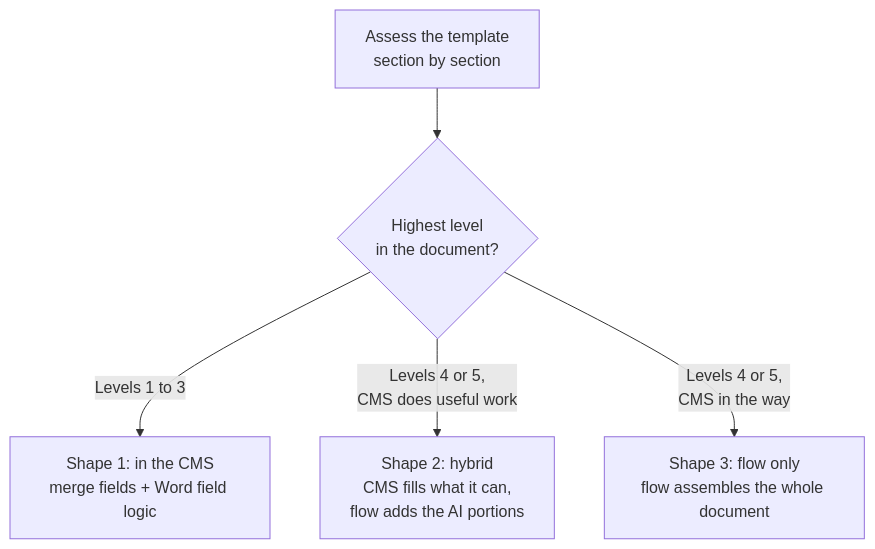
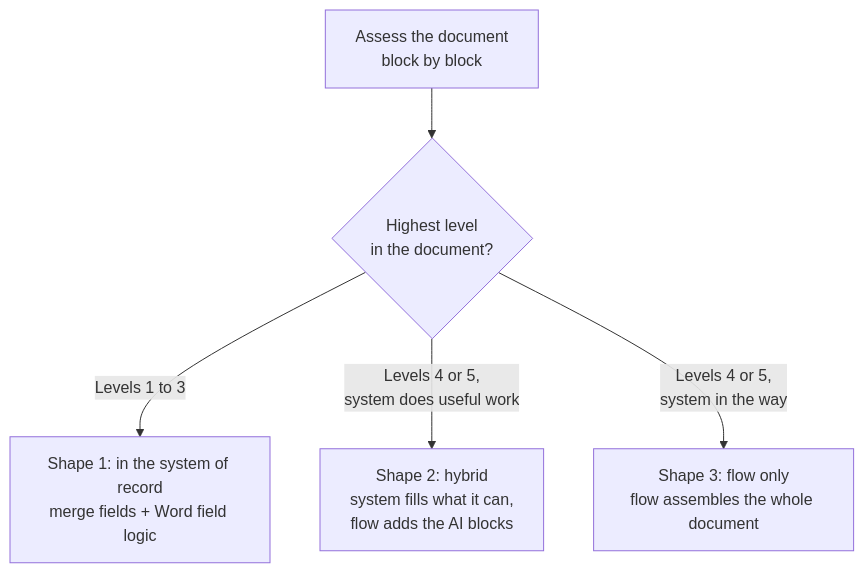
One commit to laraderosa-lab/laraderosa-solutions changed the first of 2 diagrams in document-generation/README.md. Above: the diagram before and after it, drawn with Mermaid. The commit also changed other lines of this file and 5 other files, not shown here.

````diff
--- a/document-generation/README.md
+++ b/document-generation/README.md
@@ -135,7 +139,7 @@
 ```mermaid
 flowchart TB
-    A["Assess the template<br/>section by section"] --> B{"Highest level<br/>in the document?"}
-    B -->|"Levels 1 to 3"| C["Shape 1: in the CMS<br/>merge fields + Word field logic"]
-    B -->|"Levels 4 or 5,<br/>CMS does useful work"| D["Shape 2: hybrid<br/>CMS fills what it can,<br/>flow adds the AI portions"]
-    B -->|"Levels 4 or 5,<br/>CMS in the way"| E["Shape 3: flow only<br/>flow assembles the whole document"]
+    A["Assess the document<br/>block by block"] --> B{"Highest level<br/>in the document?"}
+    B -->|"Levels 1 to 3"| C["Shape 1: in the system of record<br/>merge fields + Word field logic"]
+    B -->|"Levels 4 or 5,<br/>system does useful work"| D["Shape 2: hybrid<br/>system fills what it can,<br/>flow adds the AI blocks"]
+    B -->|"Levels 4 or 5,<br/>system in the way"| E["Shape 3: flow only<br/>flow assembles the whole document"]
 ```
````
